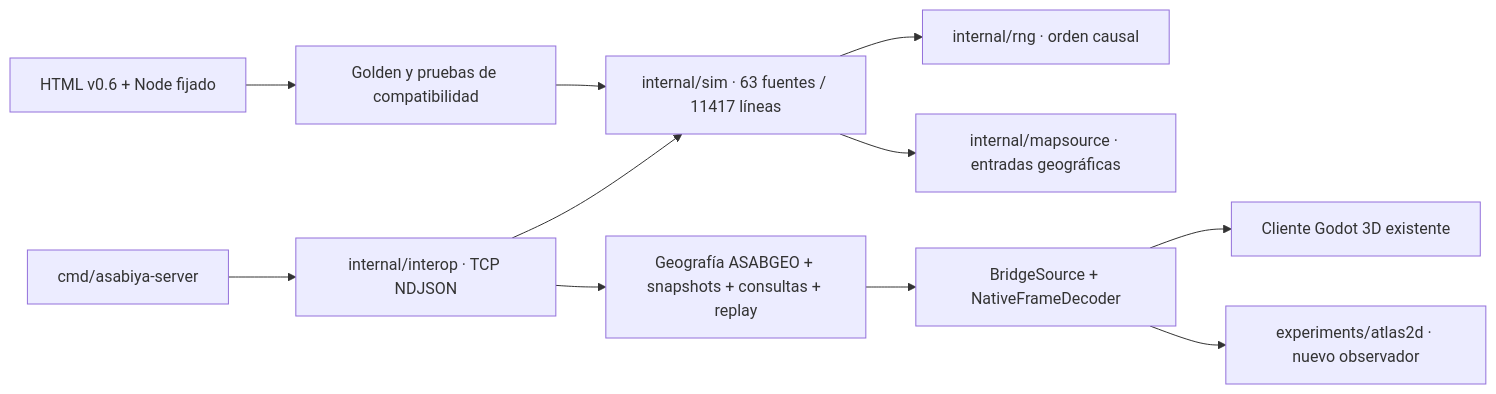
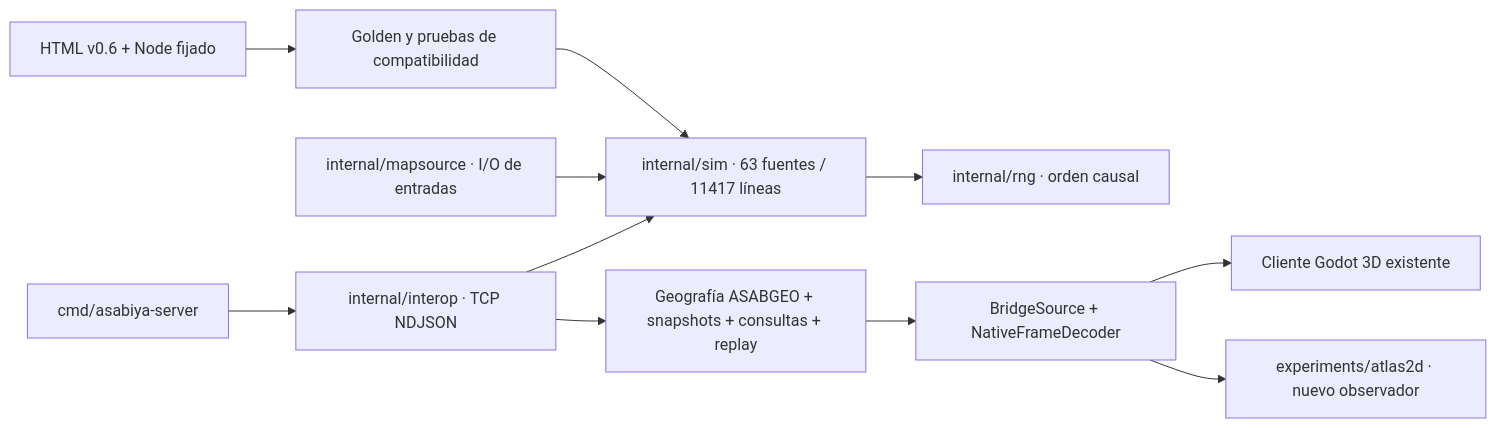
One commit to Jesejojo3/asabiya-native changed the diagram in experiments/atlas2d/docs/AUDIT.md. Above: the diagram before and after it, drawn with Mermaid. The commit also changed 3 other files, not shown here.

````diff
--- a/experiments/atlas2d/docs/AUDIT.md
+++ b/experiments/atlas2d/docs/AUDIT.md
@@ -27,13 +27,13 @@
 ```mermaid
 flowchart LR
   G[cmd/asabiya-server] --> P[internal/interop · TCP NDJSON]
   P --> S[internal/sim · 63 fuentes / 11417 líneas]
   S --> R[internal/rng · orden causal]
-  S --> M[internal/mapsource · entradas geográficas]
+  M[internal/mapsource · I/O de entradas] --> S
   P --> B[Geografía ASABGEO + snapshots + consultas + replay]
   B --> A[BridgeSource + NativeFrameDecoder]
   A --> D[Cliente Godot 3D existente]
   A --> E[experiments/atlas2d · nuevo observador]
   O[HTML v0.6 + Node fijado] --> T[Golden y pruebas de compatibilidad]
   T --> S
 ```
````
